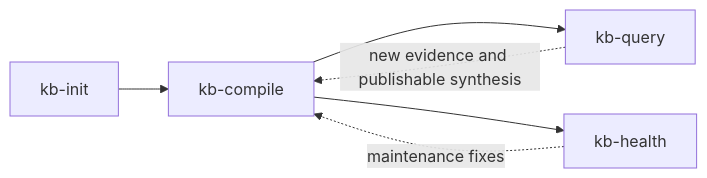
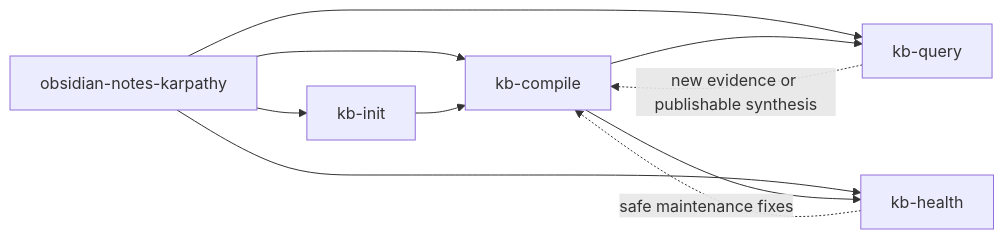
The diagram in docs/workflow/overview.md (bahayonghang/obsidian-notes-karpathy), drawn with Mermaid before and after one commit. The commit also changed other lines of this file and 11 other files, not shown here.

````diff
--- a/docs/workflow/overview.md
+++ b/docs/workflow/overview.md
@@ -5,8 +15,12 @@
 ```mermaid
 graph LR
-    A[kb-init] --> B[kb-compile]
-    B --> C[kb-query]
-    B --> D[kb-health]
-    C -.->|new evidence and publishable synthesis| B
-    D -.->|maintenance fixes| B
+    A[obsidian-notes-karpathy] --> B[kb-init]
+    A --> C[kb-compile]
+    A --> D[kb-query]
+    A --> E[kb-health]
+    B --> C
+    C --> D
+    C --> E
+    D -.->|new evidence or publishable synthesis| C
+    E -.->|safe maintenance fixes| C
 ```
````
